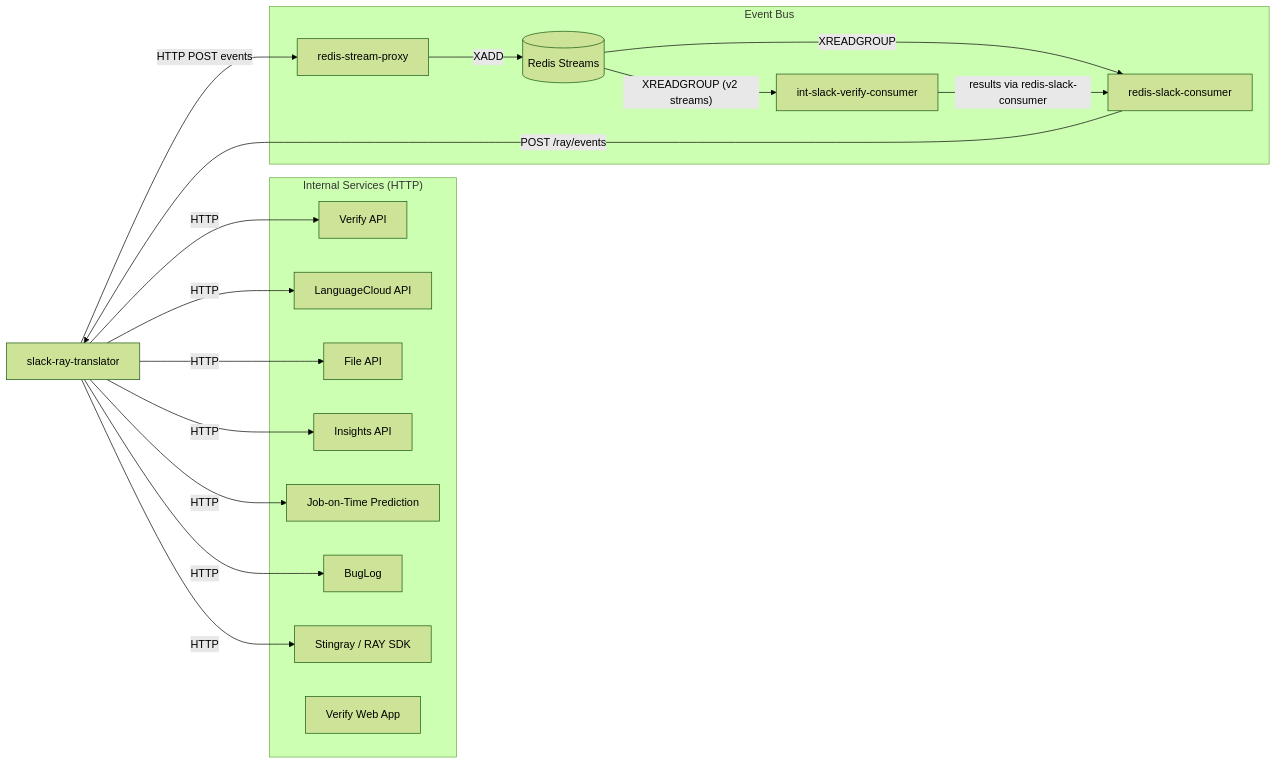
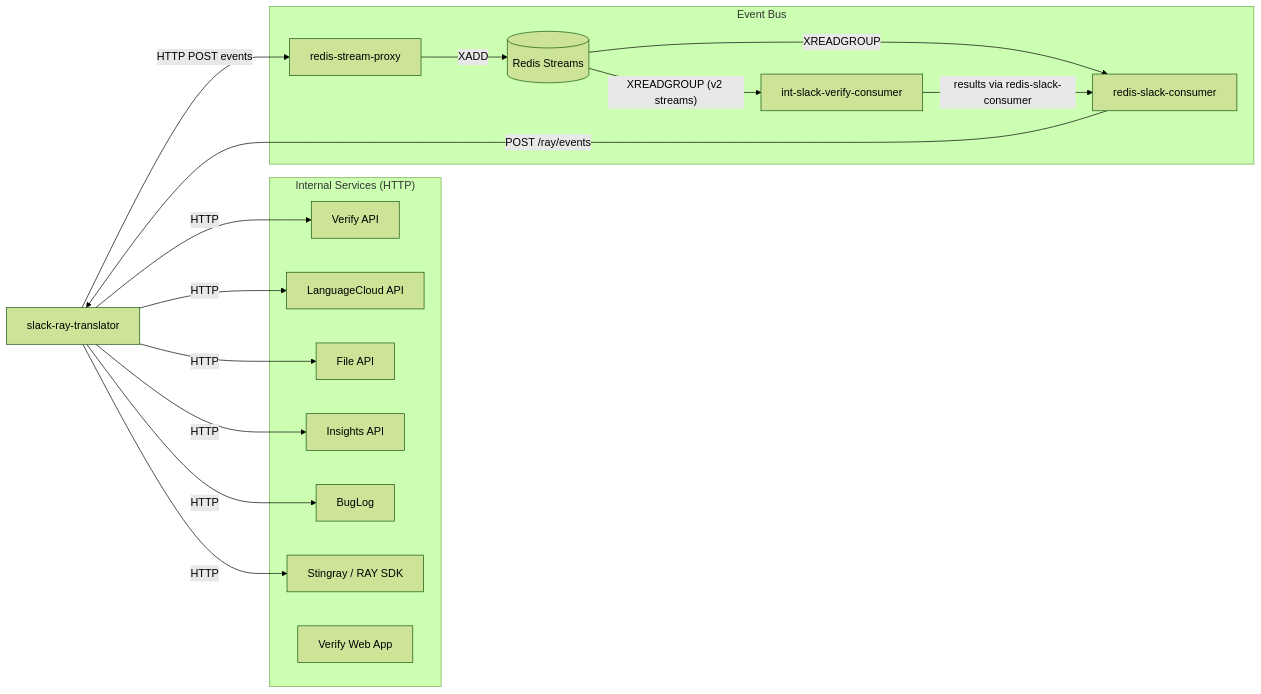
The diagram in docs/internal-services.md (strakergroup/Nake-Agentic-Slack), drawn with Mermaid (forest theme) before and after one commit. The commit also changed other lines of this file and 8 other files, not shown here.

````diff
--- a/docs/internal-services.md
+++ b/docs/internal-services.md
@@ -11,36 +11,34 @@
 ```mermaid
 flowchart LR
     App["slack-ray-translator"]
 
     subgraph "Internal Services (HTTP)"
         VerifyAPI["Verify API"]
         LCAPI["LanguageCloud API"]
         FileAPI["File API"]
         InsightsAPI["Insights API"]
-        JOTPrediction["Job-on-Time Prediction"]
         BugLog["BugLog"]
         Stingray["Stingray / RAY SDK"]
         VerifyUI["Verify Web App"]
     end
 
     subgraph "Event Bus"
         StreamProxy["redis-stream-proxy"]
         Redis[(Redis Streams)]
         SlackConsumer["redis-slack-consumer"]
         VerifyConsumer["int-slack-verify-consumer"]
     end
 
     App -->|HTTP| VerifyAPI
     App -->|HTTP| LCAPI
     App -->|HTTP| FileAPI
     App -->|HTTP| InsightsAPI
-    App -->|HTTP| JOTPrediction
     App -->|HTTP| BugLog
     App -->|HTTP| Stingray
     App -->|HTTP POST events| StreamProxy
     StreamProxy -->|XADD| Redis
     Redis -->|XREADGROUP| SlackConsumer
     Redis -->|"XREADGROUP (v2 streams)"| VerifyConsumer
     SlackConsumer -->|POST /ray/events| App
     VerifyConsumer -->|"results via redis-slack-consumer"| SlackConsumer
 ```
````
